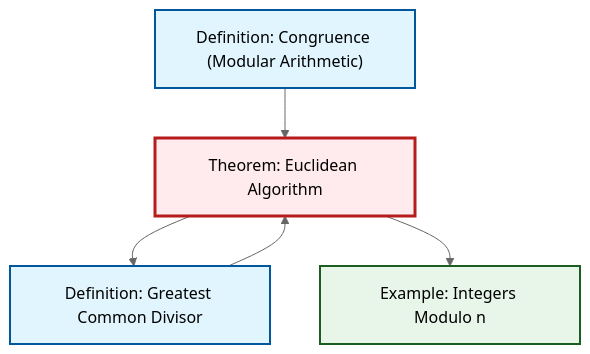
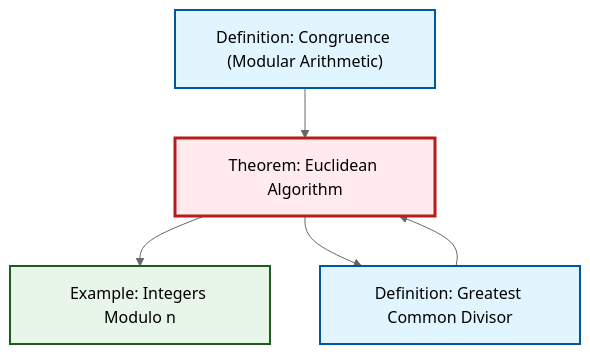
The second of 2 diagrams in content/en/number-theory/thm-euclidean-algorithm.qmd (RK0429/ModernMath), drawn with Mermaid (neutral theme) before and after one commit. The commit also changed other lines of this file and 474 other files, not shown here.

````diff
--- a/content/en/number-theory/thm-euclidean-algorithm.qmd
+++ b/content/en/number-theory/thm-euclidean-algorithm.qmd
@@ -94,21 +94,21 @@
 ```{mermaid}
 %%| fig-cap: "Local dependency graph"
 graph TD
     classDef definition fill:#e1f5fe,stroke:#01579b,stroke-width:2px
     classDef theorem fill:#f3e5f5,stroke:#4a148c,stroke-width:2px
     classDef axiom fill:#fff3e0,stroke:#e65100,stroke-width:2px
     classDef example fill:#e8f5e9,stroke:#1b5e20,stroke-width:2px
     classDef current fill:#ffebee,stroke:#b71c1c,stroke-width:3px
+    def-congruence["Definition: Congruence (Modular Arithmetic)"]:::definition
+    def-gcd["Definition: Greatest Common Divisor"]:::definition
+    ex-quotient-integers-mod-n["Example: Integers Modulo n"]:::example
     thm-euclidean-algorithm["Theorem: Euclidean Algorithm"]:::theorem
-    def-congruence["Definition: Congruence (Modular Arithmetic)"]:::definition
-    ex-quotient-integers-mod-n["Example: Integers Modulo n"]:::example
-    def-gcd["Definition: Greatest Common Divisor"]:::definition
+    thm-euclidean-algorithm --> ex-quotient-integers-mod-n
     thm-euclidean-algorithm --> def-gcd
-    thm-euclidean-algorithm --> ex-quotient-integers-mod-n
+    def-gcd --> thm-euclidean-algorithm
     def-congruence --> thm-euclidean-algorithm
-    def-gcd --> thm-euclidean-algorithm
     class thm-euclidean-algorithm current
     click def-congruence "def-congruence.html" "Go to Congruence (Modular Arithmetic) definition"
+    click def-gcd "def-gcd.html" "Go to Greatest Common Divisor definition"
     click ex-quotient-integers-mod-n "ex-quotient-integers-mod-n.html" "Go to Integers Modulo n example"
-    click def-gcd "def-gcd.html" "Go to Greatest Common Divisor definition"
 ```
````
